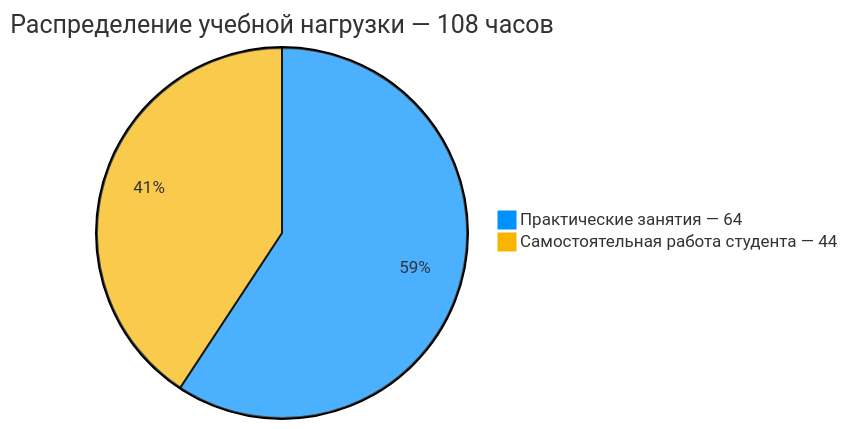
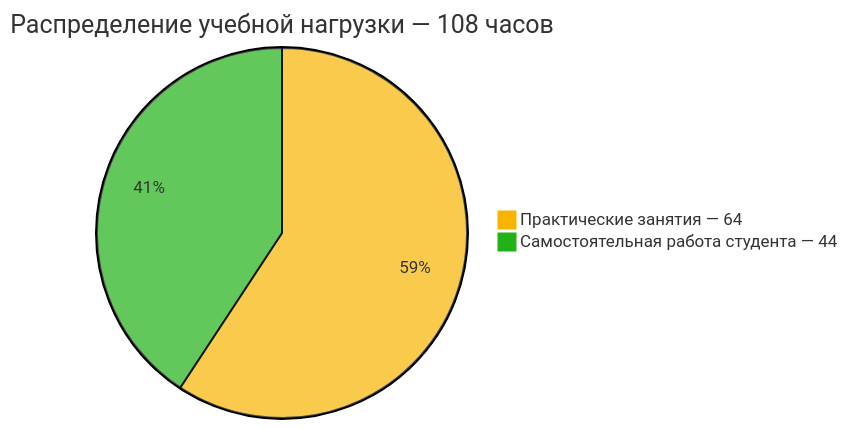
One commit to nolan-xnd/ITMO changed the diagram in Семестр 03/English C2 — Английский язык C2/README.md. Above: the diagram before and after it, drawn with Mermaid.

Commit message:
Fix chart colors

````diff
--- a/Семестр 03/English C2 — Английский язык C2/README.md
+++ b/Семестр 03/English C2 — Английский язык C2/README.md
@@ -9,13 +9,13 @@
 ```mermaid
 ---
 config:
     theme: base
     themeVariables:
-        pie1: '#0091ff'
-        pie2: '#f7b500'
+        pie1: '#f7b500'
+        pie2: '#22b217'
 ---
 pie 
     title  Распределение учебной нагрузки — 108 часов
     "Практические занятия — 64" : 64
     "Самостоятельная работа студента — 44" : 44
 ```
````
